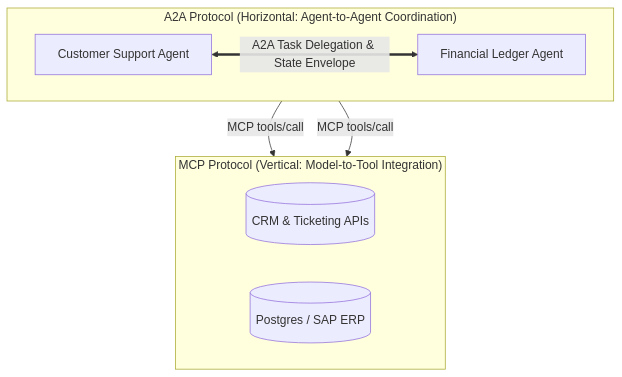
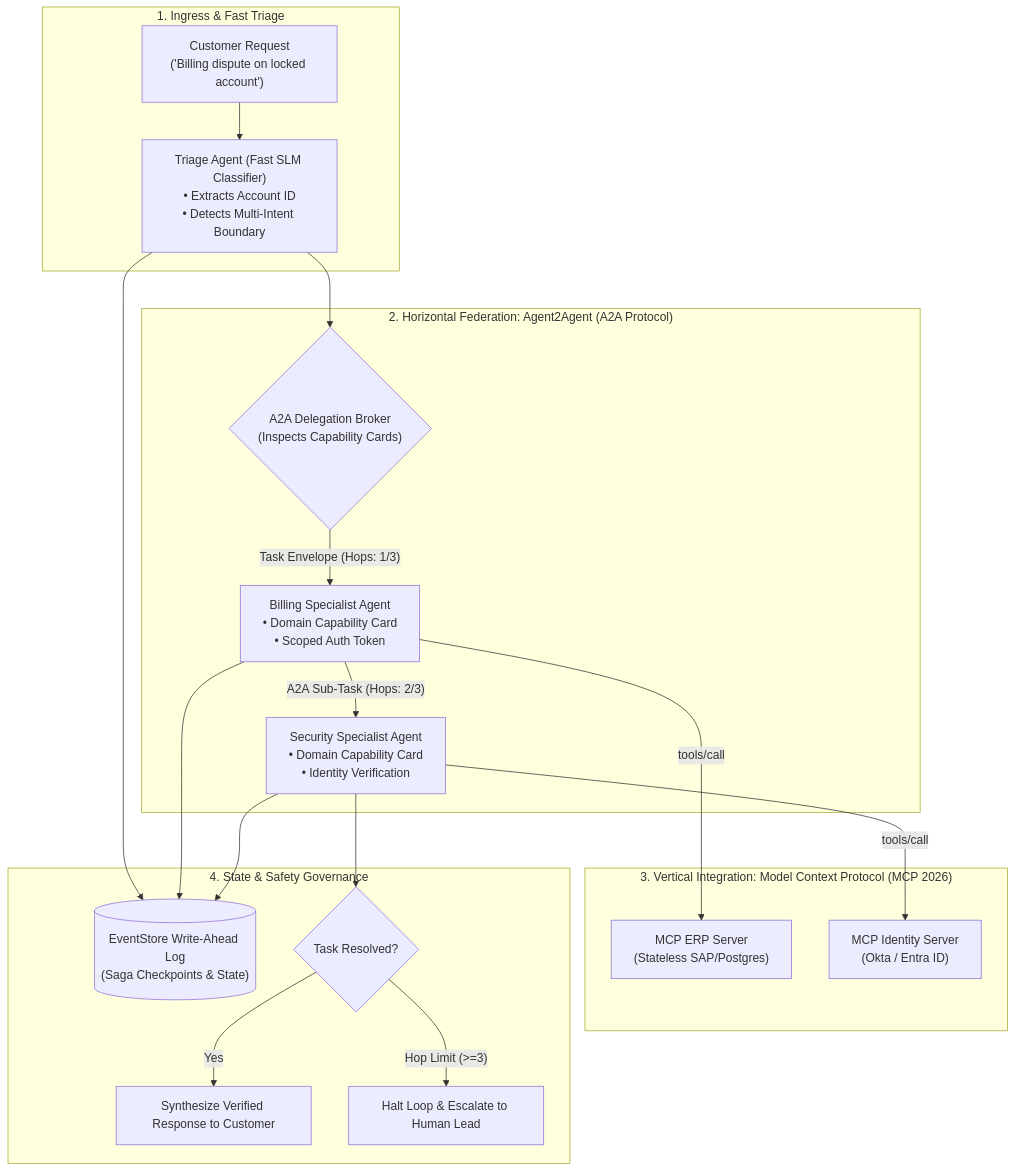
One commit to dip4k/senior-engineer-to-ai-engineer-roadmap changed the first of 2 diagrams in use-cases/use-case-06-agent-swarms-a2a.md. Above: the diagram before and after it, drawn with Mermaid. The commit also changed other lines of this file and 59 other files, not shown here.

````diff
--- a/use-cases/use-case-06-agent-swarms-a2a.md
+++ b/use-cases/use-case-06-agent-swarms-a2a.md
@@ -50,16 +24,29 @@
 ```mermaid
 flowchart TD
-    subgraph A2A_Layer["A2A Protocol (Horizontal: Agent-to-Agent Coordination)"]
-        direction LR
-        AgentA["Customer Support Agent"] <==>|"A2A Task Delegation & State Envelope"| AgentB["Financial Ledger Agent"]
+    subgraph IngressLayer["1. Ingress & Fast Triage"]
+        Customer["Customer Request<br>('Billing dispute on locked account')"] --> Triage["Triage Agent (Fast SLM Classifier)<br>• Extracts Account ID<br>• Detects Multi-Intent Boundary"]
     end
 
-    subgraph MCP_Layer["MCP Protocol (Vertical: Model-to-Tool Integration)"]
-        direction LR
-        ToolA[("CRM & Ticketing APIs")]
-        ToolB[("Postgres / SAP ERP")]
+    subgraph A2A_Mesh["2. Horizontal Federation: Agent2Agent (A2A Protocol)"]
+        Triage --> Router{"A2A Delegation Broker<br>(Inspects Capability Cards)"}
+        
+        Router -->|"Task Envelope (Hops: 1/3)"| Billing["Billing Specialist Agent<br>• Domain Capability Card<br>• Scoped Auth Token"]
+        
+        Billing -->|"A2A Sub-Task (Hops: 2/3)"| SecAgent["Security Specialist Agent<br>• Domain Capability Card<br>• Identity Verification"]
     end
 
-    AgentA -->|"MCP tools/call"| ToolA
-    AgentB -->|"MCP tools/call"| ToolB
+    subgraph MCP_Layer["3. Vertical Integration: Model Context Protocol (MCP 2026)"]
+        Billing -->|"tools/call"| MCP_ERP["MCP ERP Server<br>(Stateless SAP/Postgres)"]
+        SecAgent -->|"tools/call"| MCP_Okta["MCP Identity Server<br>(Okta / Entra ID)"]
+    end
+
+    subgraph Governance["4. State & Safety Governance"]
+        Triage --> WAL[("EventStore Write-Ahead Log<br>(Saga Checkpoints & State)")]
+        Billing --> WAL
+        SecAgent --> WAL
+        
+        SecAgent --> Complete{"Task Resolved?"}
+        Complete -- "Yes" --> Response["Synthesize Verified Response to Customer"]
+        Complete -- "Hop Limit (>=3)" --> HITL["Halt Loop & Escalate to Human Lead"]
+    end
 ```
````
